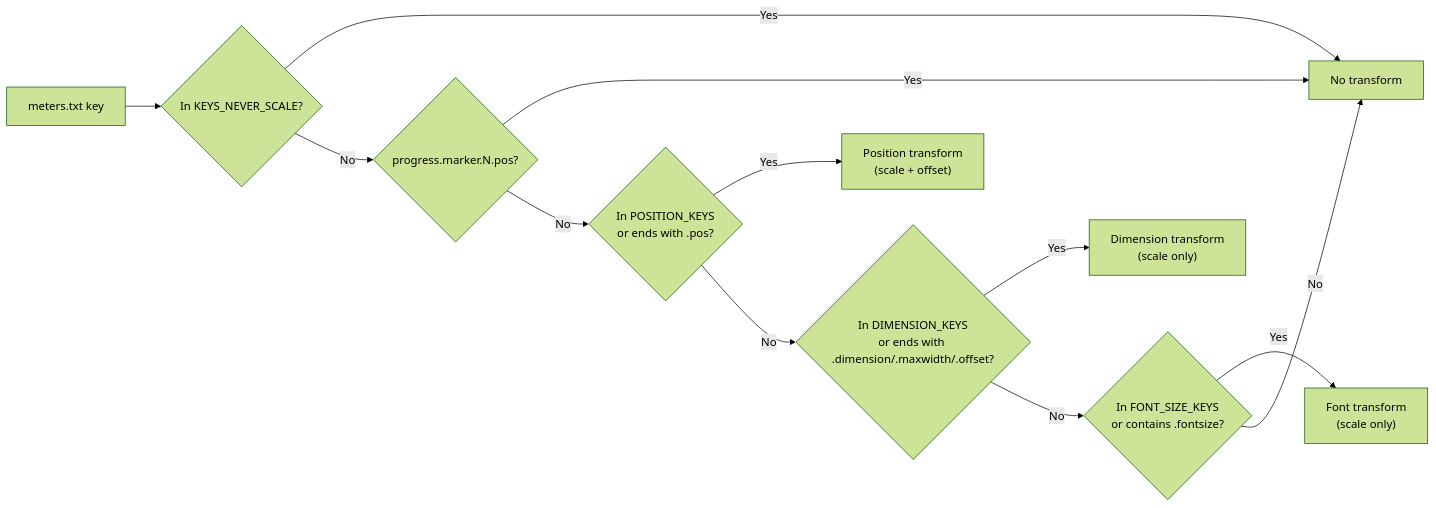
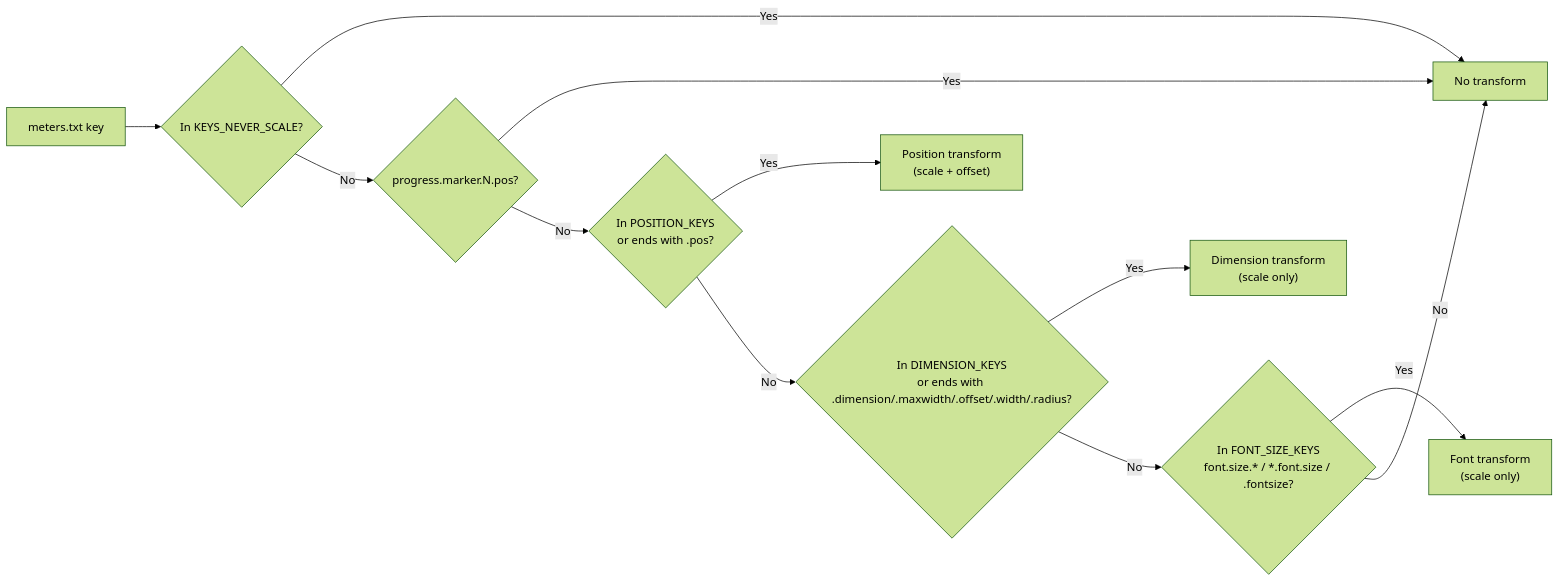
Before and after one commit to foonerd/peppy_rescaler: the second of 2 diagrams in README.md, drawn with Mermaid (forest theme). The commit also changed other lines of this file and 2 other files, not shown here.

````diff
--- a/README.md
+++ b/README.md
@@ -122,14 +122,14 @@
 ```mermaid
 flowchart LR
     A["meters.txt key"] --> B{"In KEYS_NEVER_SCALE?"}
     B -->|Yes| N["No transform"]
     B -->|No| C{"progress.marker.N.pos?"}
     C -->|Yes| N
     C -->|No| D{"In POSITION_KEYS<br/>or ends with .pos?"}
     D -->|Yes| P["Position transform<br/>(scale + offset)"]
-    D -->|No| E{"In DIMENSION_KEYS<br/>or ends with .dimension/.maxwidth/.offset?"}
+    D -->|No| E{"In DIMENSION_KEYS<br/>or ends with .dimension/.maxwidth/.offset/.width/.radius?"}
     E -->|Yes| Q["Dimension transform<br/>(scale only)"]
-    E -->|No| F{"In FONT_SIZE_KEYS<br/>or contains .fontsize?"}
+    E -->|No| F{"In FONT_SIZE_KEYS<br/>font.size.* / *.font.size / .fontsize?"}
     F -->|Yes| R["Font transform<br/>(scale only)"]
     F -->|No| N
 ```
````
